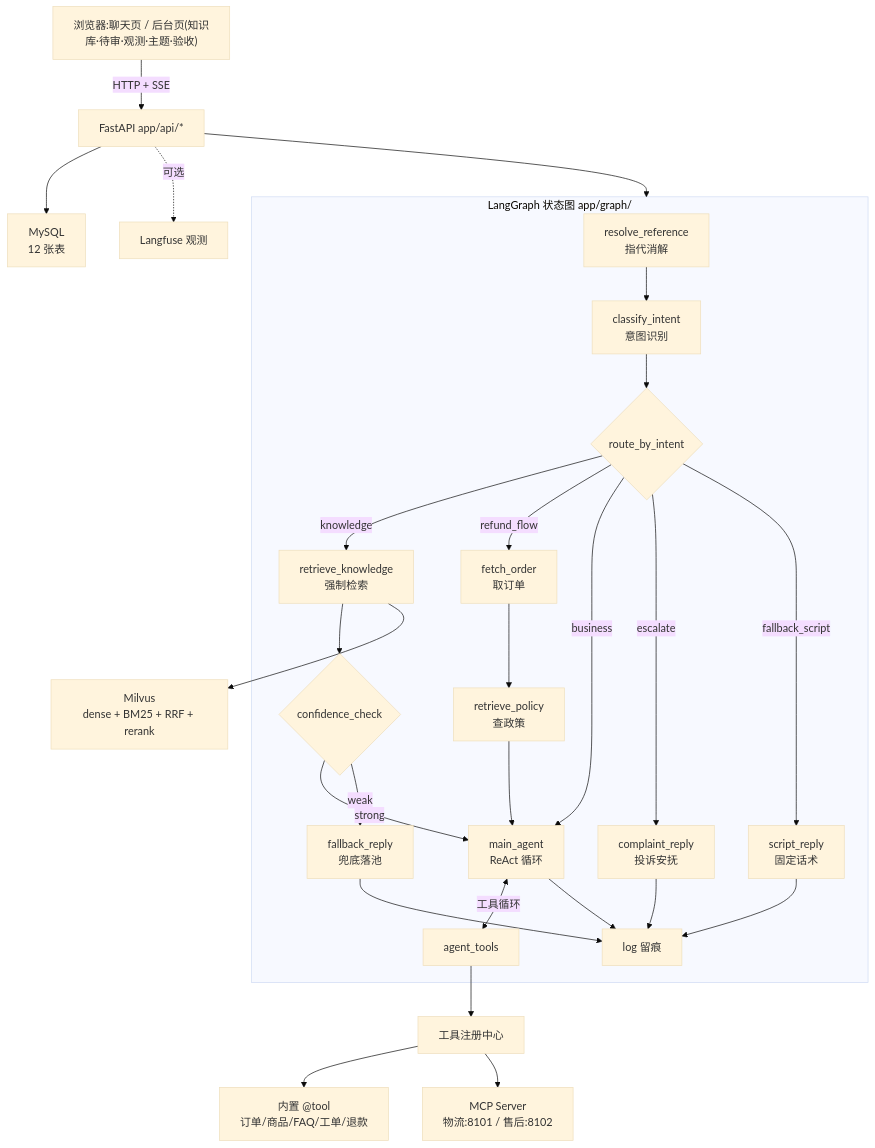
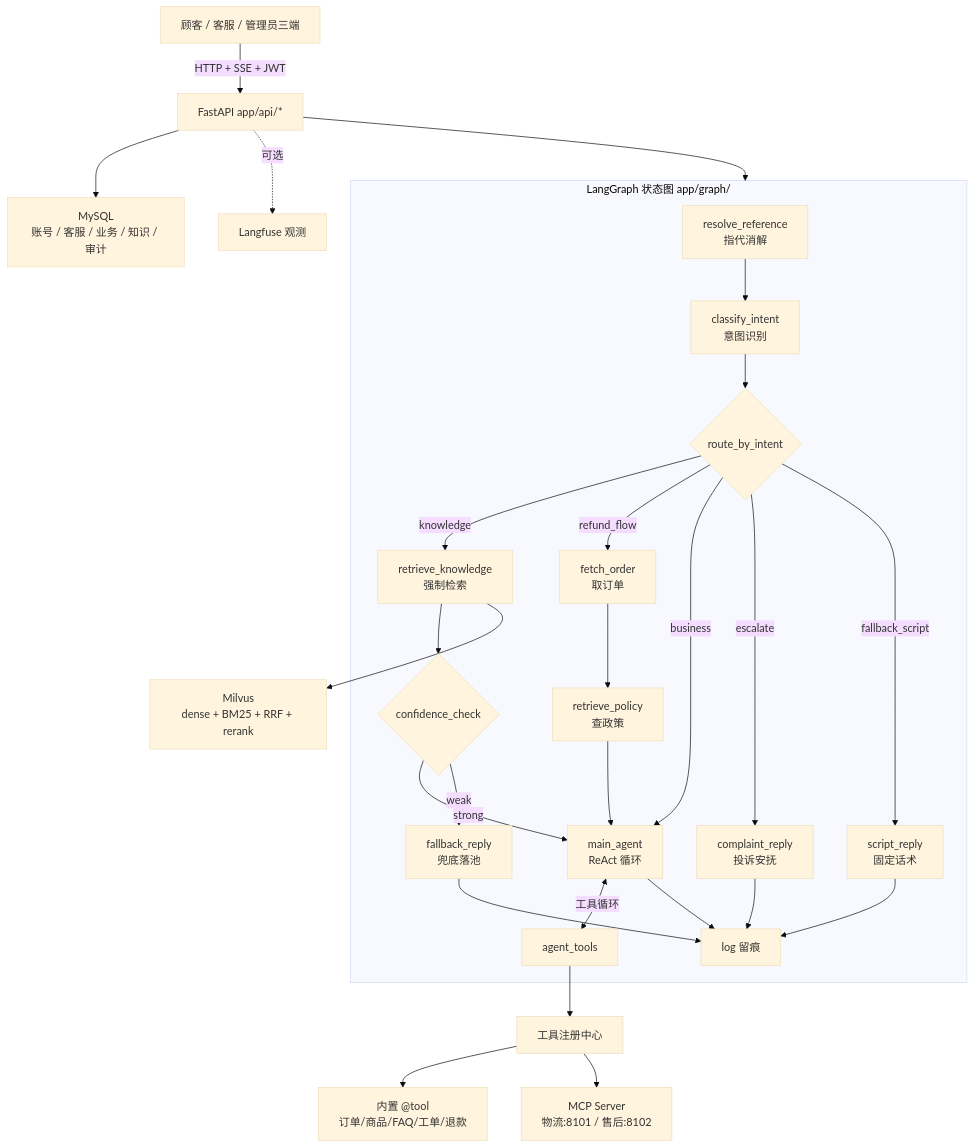
The diagram in README.md (zennanzhoudev-pixel/mewhelp), drawn with Mermaid (base theme) before and after one commit. The commit also changed other lines of this file and 46 other files, not shown here.

````diff
--- a/README.md
+++ b/README.md
@@ -63,30 +79,30 @@
 ```mermaid
 flowchart TB
-    UI["浏览器:聊天页 / 后台页(知识库·待审·观测·主题·验收)"] -->|"HTTP + SSE"| API["FastAPI app/api/*"]
+    UI["顾客 / 客服 / 管理员三端"] -->|"HTTP + SSE + JWT"| API["FastAPI app/api/*"]
 
     subgraph G["LangGraph 状态图 app/graph/"]
         RR["resolve_reference<br/>指代消解"] --> CI2["classify_intent<br/>意图识别"] --> RT{route_by_intent}
         RT -->|knowledge| RK["retrieve_knowledge<br/>强制检索"]
         RT -->|refund_flow| FO["fetch_order<br/>取订单"]
         RT -->|business| MA["main_agent<br/>ReAct 循环"]
         RT -->|escalate| CR["complaint_reply<br/>投诉安抚"]
         RT -->|fallback_script| SR["script_reply<br/>固定话术"]
         RK --> CC{confidence_check}
         CC -->|strong| MA
         CC -->|weak| FB["fallback_reply<br/>兜底落池"]
         FO --> RP["retrieve_policy<br/>查政策"] --> MA
         MA <-->|"工具循环"| AT["agent_tools"]
         MA --> LG["log 留痕"]
         CR --> LG
         SR --> LG
         FB --> LG
     end
 
     API --> G
     AT --> REG["工具注册中心"]
     REG --> BUILTIN["内置 @tool<br/>订单/商品/FAQ/工单/退款"]
     REG --> MCP["MCP Server<br/>物流:8101 / 售后:8102"]
     RK --> MIL["Milvus<br/>dense + BM25 + RRF + rerank"]
-    API --> DB["MySQL<br/>12 张表"]
+    API --> DB["MySQL<br/>账号 / 客服 / 业务 / 知识 / 审计"]
     API -.可选.-> OBS["Langfuse 观测"]
 ```
````
